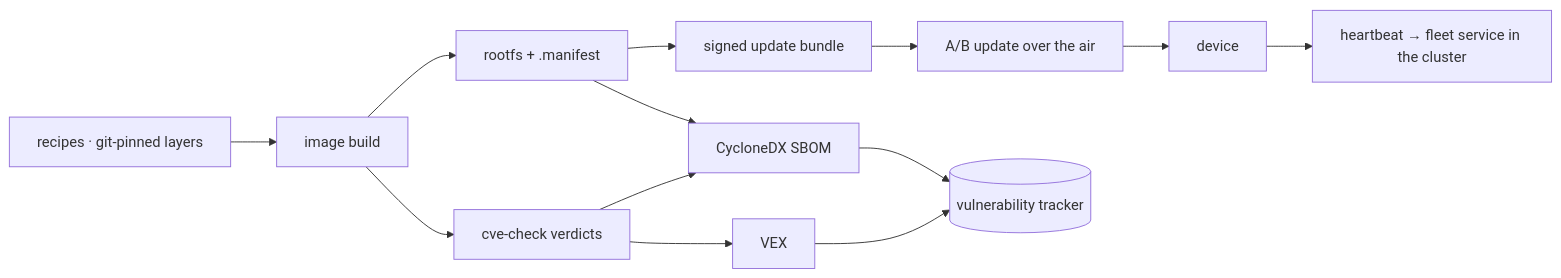
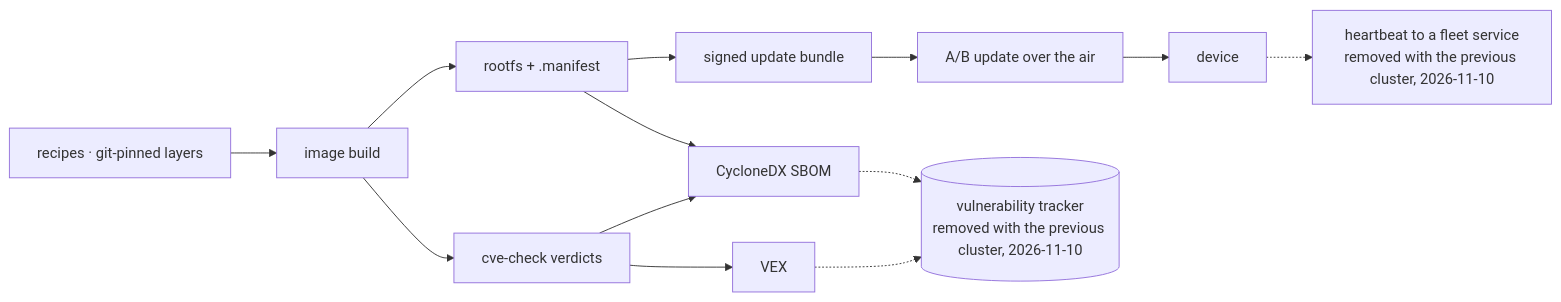
The diagram in docs/yocto.md (schultzzznet/schultzzznet), drawn with Mermaid before and after one commit. The commit also changed other lines of this file and 30 other files, not shown here.

````diff
--- a/docs/yocto.md
+++ b/docs/yocto.md
@@ -66,15 +89,15 @@
 ```mermaid
 flowchart LR
   R["recipes · git-pinned layers"] --> BLD["image build"]
   BLD --> IMG["rootfs + .manifest"]
   BLD --> CC["cve-check verdicts"]
   IMG --> BUNDLE["signed update bundle"]
   BUNDLE --> OTA["A/B update over the air"]
   OTA --> DEV["device"]
-  DEV --> HB["heartbeat → fleet service in the cluster"]
+  DEV -.-> HB["heartbeat to a fleet service<br/>removed with the previous cluster, 2026-11-10"]
   IMG --> SBOM["CycloneDX SBOM"]
   CC --> SBOM
   CC --> VEX["VEX"]
-  SBOM --> DT[("vulnerability tracker")]
-  VEX --> DT
+  SBOM -.-> DT[("vulnerability tracker<br/>removed with the previous cluster, 2026-11-10")]
+  VEX -.-> DT
 ```
````
